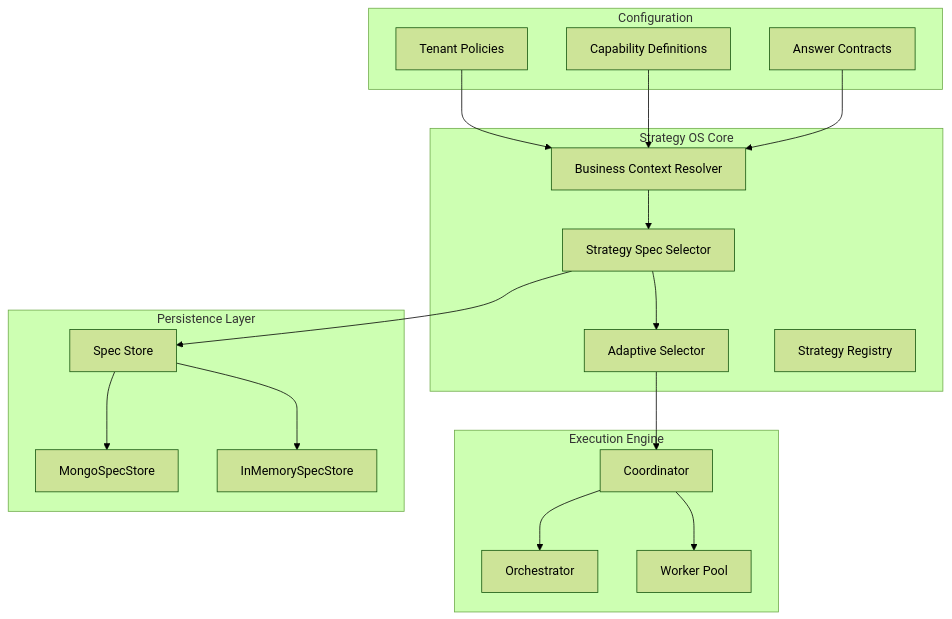
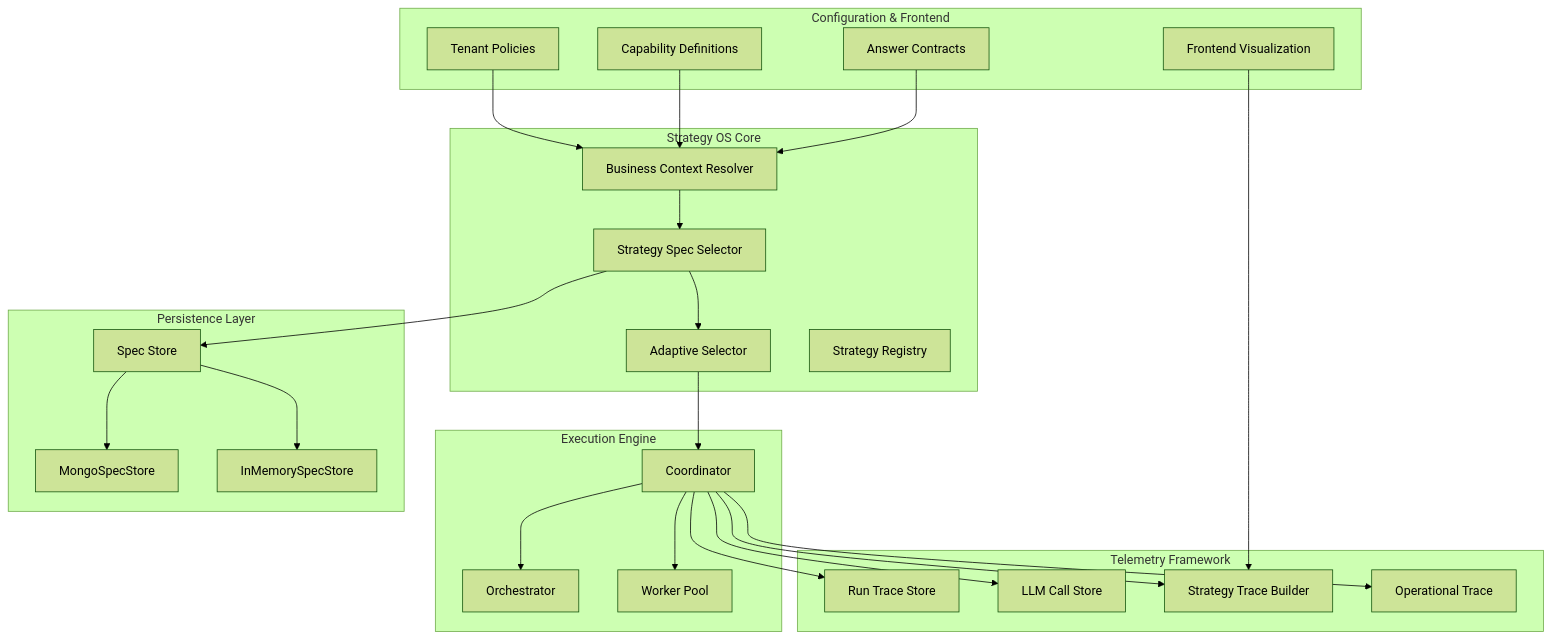
The first of 7 diagrams in .qoder/repowiki/en/content/Core Features/Strategy Operating System.md (emanuelplopu/MongoDB-RAG-Agent), drawn with Mermaid (forest theme) before and after one commit. The commit also changed other lines of this file and 1 other file, not shown here.

Commit message:
Update Strategy OS repowiki with telemetry and tracing

````diff
--- a/.qoder/repowiki/en/content/Core Features/Strategy Operating System.md
+++ b/.qoder/repowiki/en/content/Core Features/Strategy Operating System.md
@@ -36,35 +58,47 @@
 ```mermaid
 graph TB
 subgraph "Strategy OS Core"
 A[Business Context Resolver]
 B[Strategy Spec Selector]
 C[Adaptive Selector]
 D[Strategy Registry]
 end
 subgraph "Execution Engine"
 E[Coordinator]
 F[Orchestrator]
 G[Worker Pool]
 end
+subgraph "Telemetry Framework"
+H[Run Trace Store]
+I[LLM Call Store]
+J[Strategy Trace Builder]
+K[Operational Trace]
+end
 subgraph "Persistence Layer"
-H[Spec Store]
-I[MongoSpecStore]
-J[InMemorySpecStore]
+L[Spec Store]
+M[MongoSpecStore]
+N[InMemorySpecStore]
 end
-subgraph "Configuration"
-K[Tenant Policies]
-L[Capability Definitions]
-M[Answer Contracts]
+subgraph "Configuration & Frontend"
+O[Tenant Policies]
+P[Capability Definitions]
+Q[Answer Contracts]
+R[Frontend Visualization]
 end
 A --> B
 B --> C
 C --> E
 E --> F
 E --> G
-B --> H
-H --> I
-H --> J
-K --> A
-L --> A
-M --> A
+B --> L
+L --> M
+L --> N
+E --> H
+E --> I
+E --> J
+E --> K
+R --> J
+O --> A
+P --> A
+Q --> A
 ```
````
